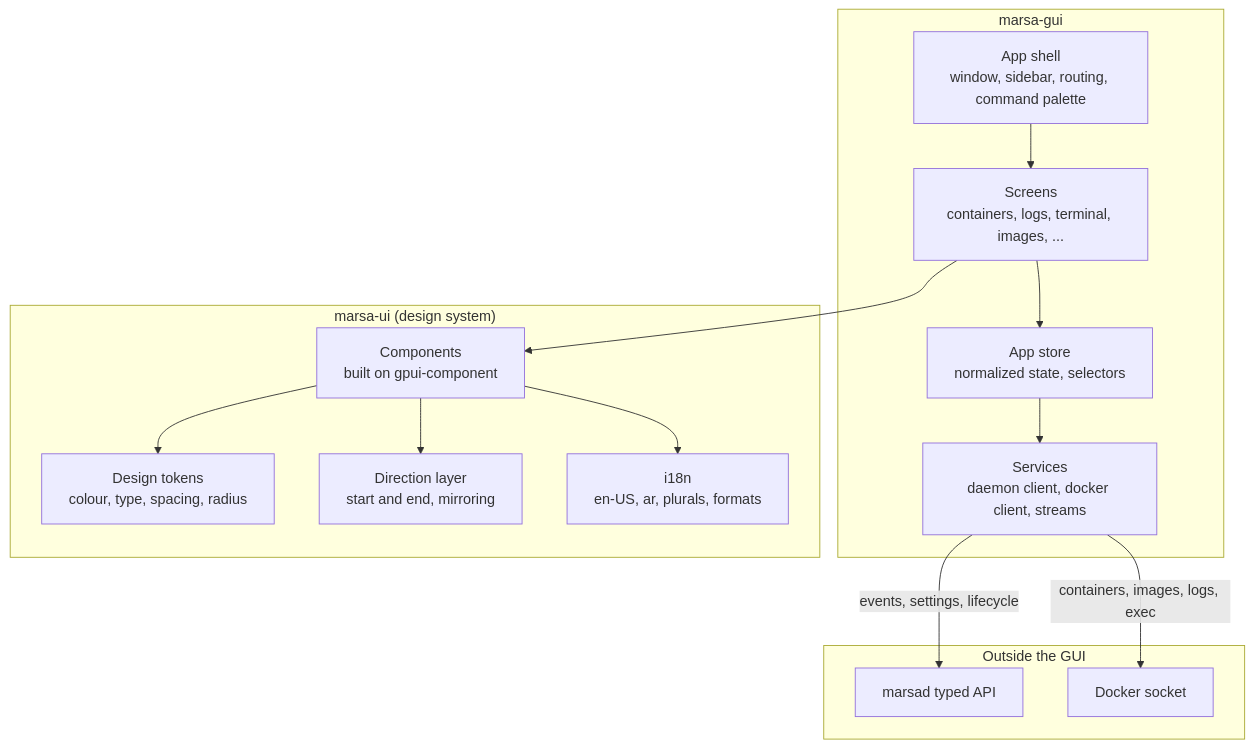
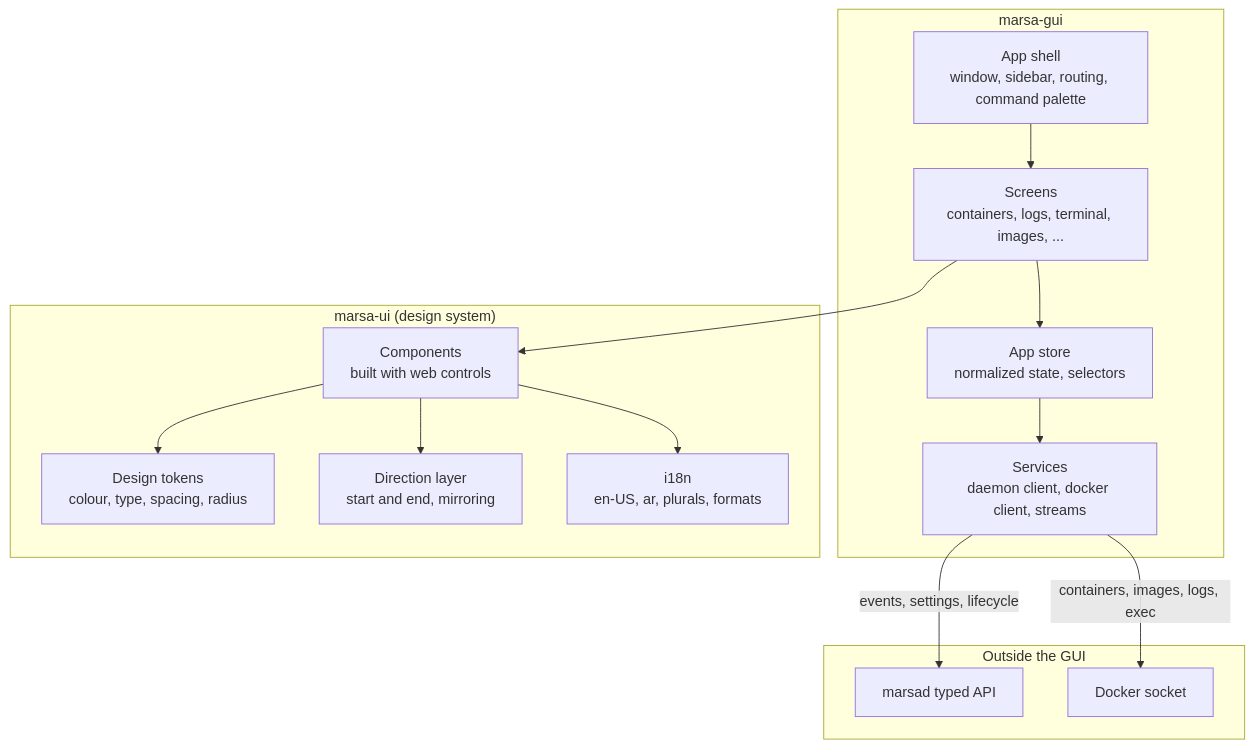
Before and after one commit to nasraldin/marsa: the first of 5 diagrams in docs/08-gui.md, drawn with Mermaid. The commit also changed other lines of this file and 12 other files, not shown here.

````diff
--- a/docs/08-gui.md
+++ b/docs/08-gui.md
@@ -52,31 +50,31 @@
 ```mermaid
 flowchart TB
     subgraph gui["marsa-gui"]
         shell["App shell<br/>window, sidebar, routing, command palette"]
         screens["Screens<br/>containers, logs, terminal, images, ..."]
         store["App store<br/>normalized state, selectors"]
         svc["Services<br/>daemon client, docker client, streams"]
     end
 
     subgraph ui["marsa-ui (design system)"]
         tokens["Design tokens<br/>colour, type, spacing, radius"]
         dir["Direction layer<br/>start and end, mirroring"]
         i18n["i18n<br/>en-US, ar, plurals, formats"]
-        comps["Components<br/>built on gpui-component"]
+        comps["Components<br/>built with web controls"]
     end
 
     subgraph ext["Outside the GUI"]
         d["marsad typed API"]
         ds["Docker socket"]
     end
 
     shell --> screens
     screens --> store
     screens --> comps
     comps --> tokens
     comps --> dir
     comps --> i18n
     store --> svc
     svc -->|events, settings, lifecycle| d
     svc -->|containers, images, logs, exec| ds
 ```
````
